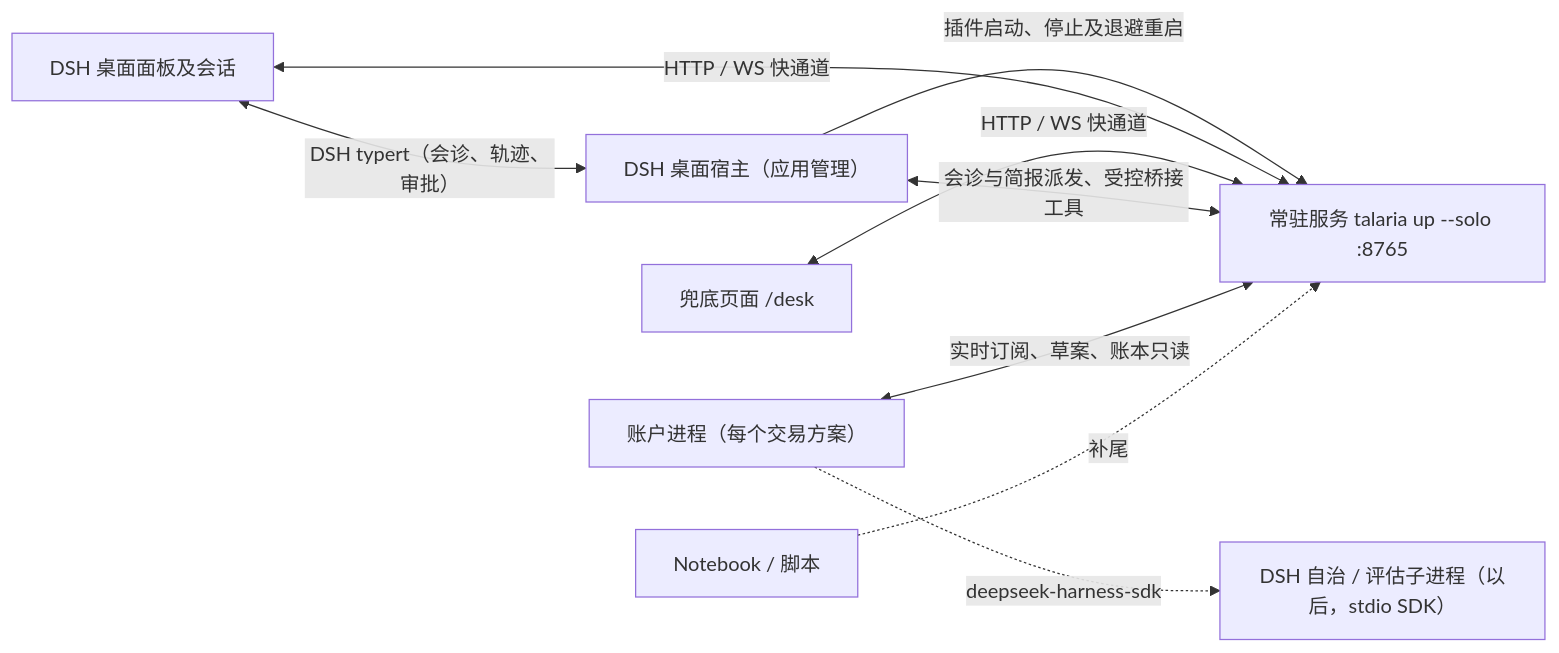
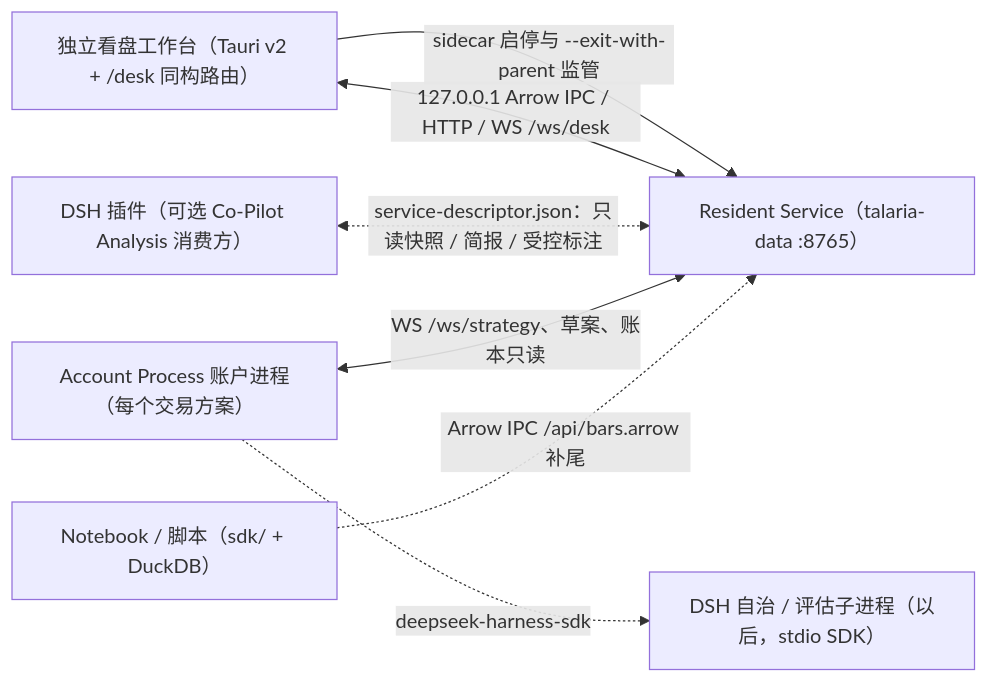
One commit to Dikui/Talaria changed the second of 2 diagrams in docs/architecture.md. Above: the diagram before and after it, drawn with Mermaid. The commit also changed other lines of this file and 55 other files, not shown here.

````diff
--- a/docs/architecture.md
+++ b/docs/architecture.md
@@ -521,19 +543,16 @@
 ```mermaid
 flowchart LR
-  Svc["常驻服务 talaria up --solo :8765"]
-  Panels["DSH 桌面面板及会话"]
-  Fallback["兜底页面 /desk"]
-  Desktop["DSH 桌面宿主（应用管理）"]
-  Acct["账户进程（每个交易方案）"]
-  NB["Notebook / 脚本"]
+  Svc["Resident Service（talaria-data :8765）"]
+  WB["独立看盘工作台（Tauri v2 + /desk 同构路由）"]
+  DSH["DSH 插件（可选 Co-Pilot Analysis 消费方）"]
+  Acct["Account Process 账户进程（每个交易方案）"]
+  NB["Notebook / 脚本（sdk/ + DuckDB）"]
   DSHAuto["DSH 自治 / 评估子进程（以后，stdio SDK）"]
 
-  Desktop -->|"插件启动、停止及退避重启"| Svc
-  Panels <-->|"HTTP / WS 快通道"| Svc
-  Fallback <-->|"HTTP / WS 快通道"| Svc
-  Panels <-->|"DSH typert（会诊、轨迹、审批）"| Desktop
-  Desktop <-->|"会诊与简报派发、受控桥接工具"| Svc
-  Acct <-->|"实时订阅、草案、账本只读"| Svc
-  NB -. "补尾" .-> Svc
+  WB -->|"sidecar 启停与 --exit-with-parent 监管"| Svc
+  WB <-->|"127.0.0.1 Arrow IPC / HTTP / WS /ws/desk"| Svc
+  DSH <-. "service-descriptor.json：只读快照 / 简报 / 受控标注" .-> Svc
+  Acct <-->|"WS /ws/strategy、草案、账本只读"| Svc
+  NB -. "Arrow IPC /api/bars.arrow 补尾" .-> Svc
   Acct -. "deepseek-harness-sdk" .-> DSHAuto
 ```
````
